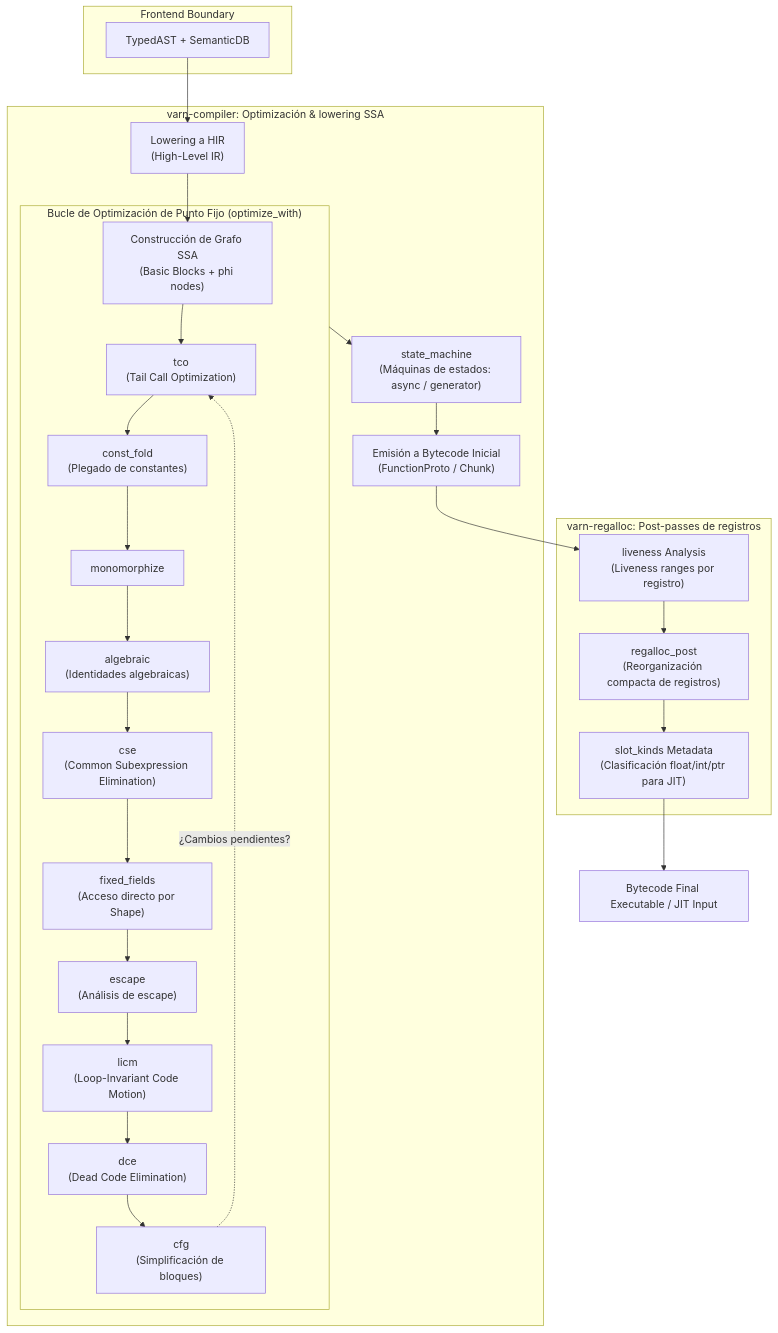
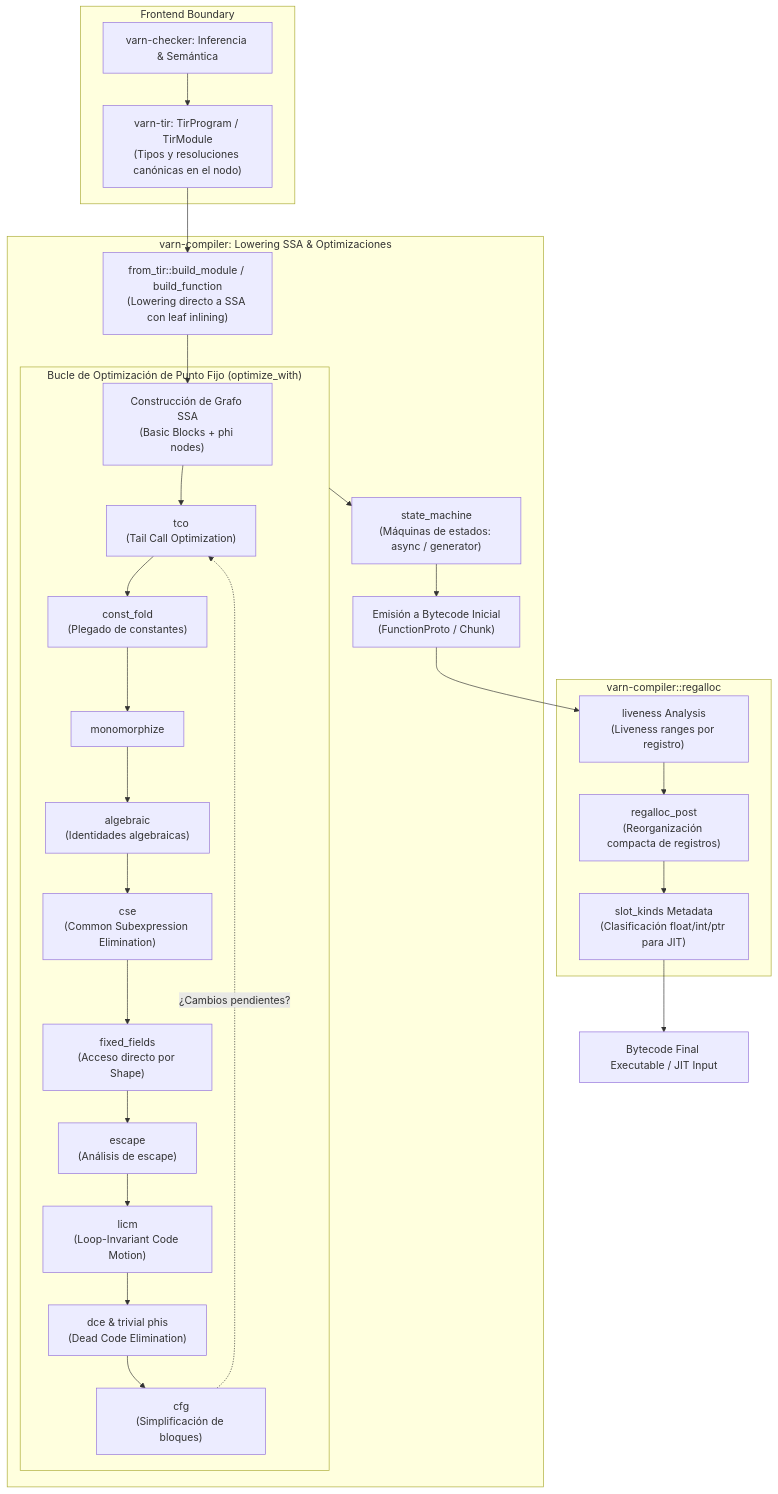
The diagram in docs/COMPILER_ARCHITECTURE.md (carlos-burelo/varn), drawn with Mermaid before and after one commit. The commit also changed other lines of this file and 10 other files, not shown here.

Commit message:
docs: update architecture, TIR pipeline, 128-bit VmValue layout, and canonical types

````diff
--- a/docs/COMPILER_ARCHITECTURE.md
+++ b/docs/COMPILER_ARCHITECTURE.md
@@ -36,36 +38,36 @@
 ```mermaid
 flowchart TD
     subgraph Frontend Boundary
-        A["TypedAST + SemanticDB"]
+        A["varn-checker: Inferencia & Semántica"] --> B["varn-tir: TirProgram / TirModule\n(Tipos y resoluciones canónicas en el nodo)"]
     end
 
-    subgraph varn-compiler ["varn-compiler: Optimización & lowering SSA"]
-        A --> B["Lowering a HIR\n(High-Level IR)"]
-        B --> C["Construcción de Grafo SSA\n(Basic Blocks + phi nodes)"]
+    subgraph varn-compiler ["varn-compiler: Lowering SSA & Optimizaciones"]
+        B --> C["from_tir::build_module / build_function\n(Lowering directo a SSA con leaf inlining)"]
+        C --> D["Construcción de Grafo SSA\n(Basic Blocks + phi nodes)"]
 
         subgraph Loop ["Bucle de Optimización de Punto Fijo (optimize_with)"]
-            C --> D["tco\n(Tail Call Optimization)"]
-            D --> E["const_fold\n(Plegado de constantes)"]
-            E --> F["monomorphize"]
-            F --> G["algebraic\n(Identidades algebraicas)"]
-            G --> H["cse\n(Common Subexpression Elimination)"]
-            H --> I["fixed_fields\n(Acceso directo por Shape)"]
-            I --> J["escape\n(Análisis de escape)"]
-            J --> K["licm\n(Loop-Invariant Code Motion)"]
-            K --> L["dce\n(Dead Code Elimination)"]
-            L --> M["cfg\n(Simplificación de bloques)"]
-            M -.->|¿Cambios pendientes?| D
+            D --> E["tco\n(Tail Call Optimization)"]
+            E --> F["const_fold\n(Plegado de constantes)"]
+            F --> G["monomorphize"]
+            G --> H["algebraic\n(Identidades algebraicas)"]
+            H --> I["cse\n(Common Subexpression Elimination)"]
+            I --> J["fixed_fields\n(Acceso directo por Shape)"]
+            J --> K["escape\n(Análisis de escape)"]
+            K --> L["licm\n(Loop-Invariant Code Motion)"]
+            L --> M["dce & trivial phis\n(Dead Code Elimination)"]
+            M --> N["cfg\n(Simplificación de bloques)"]
+            N -.->|¿Cambios pendientes?| E
         end
 
-        Loop --> N["state_machine\n(Máquinas de estados: async / generator)"]
-        N --> O["Emisión a Bytecode Inicial\n(FunctionProto / Chunk)"]
+        Loop --> O["state_machine\n(Máquinas de estados: async / generator)"]
+        O --> P["Emisión a Bytecode Inicial\n(FunctionProto / Chunk)"]
     end
 
-    subgraph varn-regalloc ["varn-regalloc: Post-passes de registros"]
-        O --> P["liveness Analysis\n(Liveness ranges por registro)"]
-        P --> Q["regalloc_post\n(Reorganización compacta de registros)"]
-        Q --> R["slot_kinds Metadata\n(Clasificación float/int/ptr para JIT)"]
+    subgraph regalloc ["varn-compiler::regalloc"]
+        P --> Q["liveness Analysis\n(Liveness ranges por registro)"]
+        Q --> R["regalloc_post\n(Reorganización compacta de registros)"]
+        R --> S["slot_kinds Metadata\n(Clasificación float/int/ptr para JIT)"]
     end
 
-    R --> S["Bytecode Final Executable / JIT Input"]
+    S --> T["Bytecode Final Executable / JIT Input"]
 ```
````
